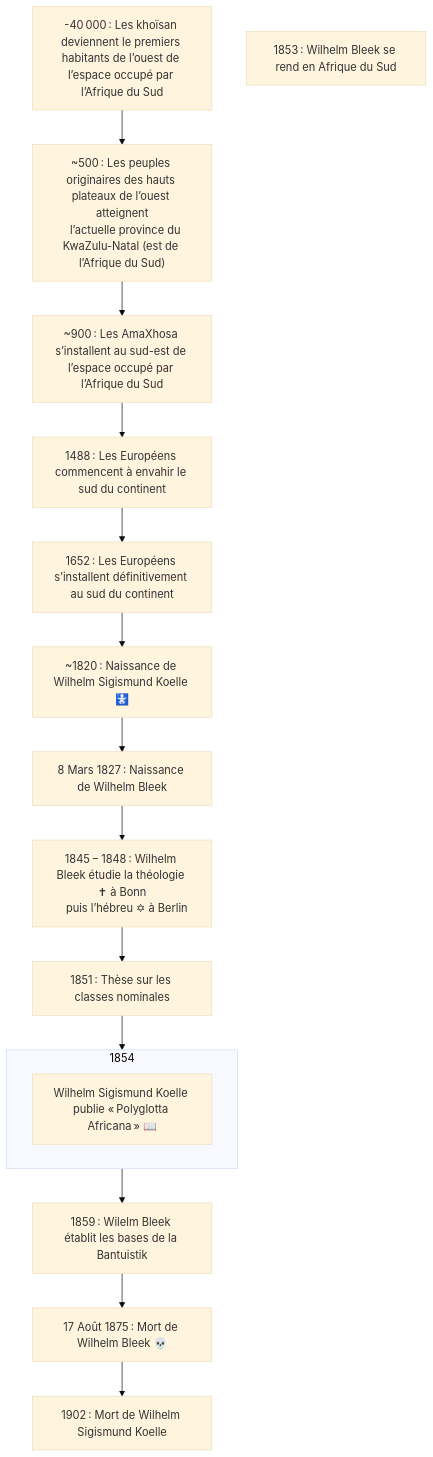
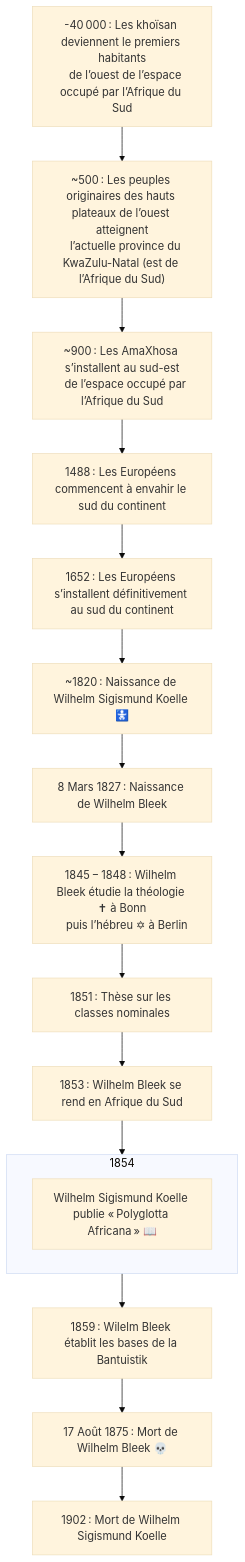
One commit to ba-moun/Ba-Moun-Save changed the diagram in en-cours/personnalite/homme/a-classer/wilhelm-bleek.md. Above: the diagram before and after it, drawn with Mermaid (base theme). The commit also changed other lines of this file, not shown here.

Commit message:
docs: update en-cours/personnalite/homme/a-classer/wilhelm-bleek

````diff
--- a/en-cours/personnalite/homme/a-classer/wilhelm-bleek.md
+++ b/en-cours/personnalite/homme/a-classer/wilhelm-bleek.md
@@ -19,38 +19,40 @@
 ```mermaid
 flowchart TB
    
-   Khoïsan["-40 000 : Les khoïsan deviennent le premiers habitants de l’ouest de l’espace occupé par l’Afrique du Sud"]
+   Khoïsan["-40 000 : Les khoïsan deviennent le premiers habitants
+   de l’ouest de l’espace occupé par l’Afrique du Sud"]
    
    grassland["~500 : Les peuples originaires des hauts plateaux de l’ouest atteignent
    l’actuelle province du KwaZulu-Natal (est de l’Afrique du Sud)"]
    
-   amaXhosa["~900 : Les AmaXhosa s’installent au sud-est de l’espace occupé par l’Afrique du Sud"]
+   amaXhosa["~900 : Les AmaXhosa s’installent au sud-est
+   de l’espace occupé par l’Afrique du Sud"]
    
    europeanInvasion["1488 : Les Européens commencent à envahir le sud du continent"]
    
    europeanInvasionNextStep["1652 : Les Européens s’installent définitivement au sud du continent"]
    
    wSKoellebirth["~1820 : Naissance de Wilhelm Sigismund Koelle 🚼"]
    
    birth["8 Mars 1827 : Naissance de Wilhelm Bleek"]
       
    studies["1845 − 1848 : Wilhelm Bleek étudie la théologie ✝ à Bonn
    puis l’hébreu ✡ à Berlin"]
    
    thesis["1851 : Thèse sur les classes nominales"]
    
    southAfrica["1853 : Wilhelm Bleek se rend en Afrique du Sud"]
    
    subgraph 1854
       majorStudy["Wilhelm Sigismund Koelle publie « Polyglotta Africana » 📖"]
    end
    
    bantuistik["1859 : Wilelm Bleek établit les bases de la Bantuistik"]
    
    death["17 Août 1875 : Mort de Wilhelm Bleek 💀"]
    
    wSKoelledeath["1902 : Mort de Wilhelm Sigismund Koelle"]
       
-   Khoïsan --> grassland --> amaXhosa --> europeanInvasion --> europeanInvasionNextStep --> wSKoellebirth --> birth --> studies --> thesis --> 1854 --> bantuistik --> death --> wSKoelledeath
+   Khoïsan --> grassland --> amaXhosa --> europeanInvasion --> europeanInvasionNextStep --> wSKoellebirth --> birth --> studies --> thesis --> southAfrica --> 1854 --> bantuistik --> death --> wSKoelledeath
    
 ```
````
